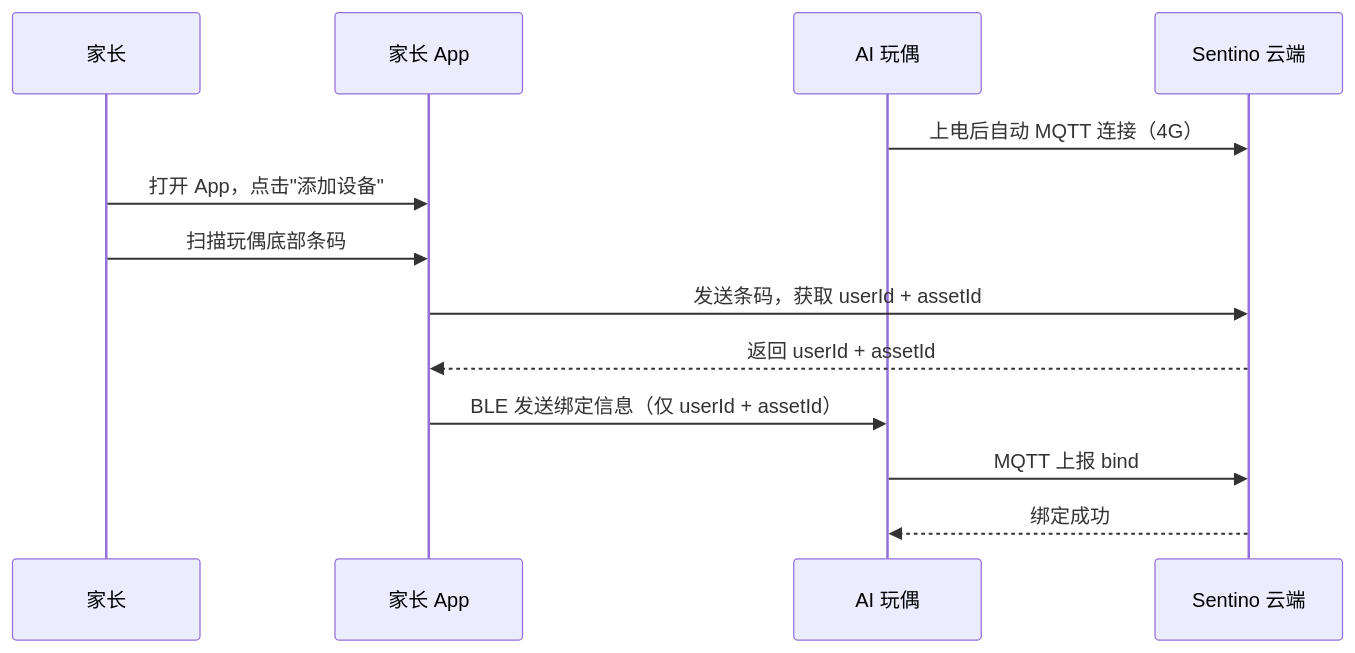
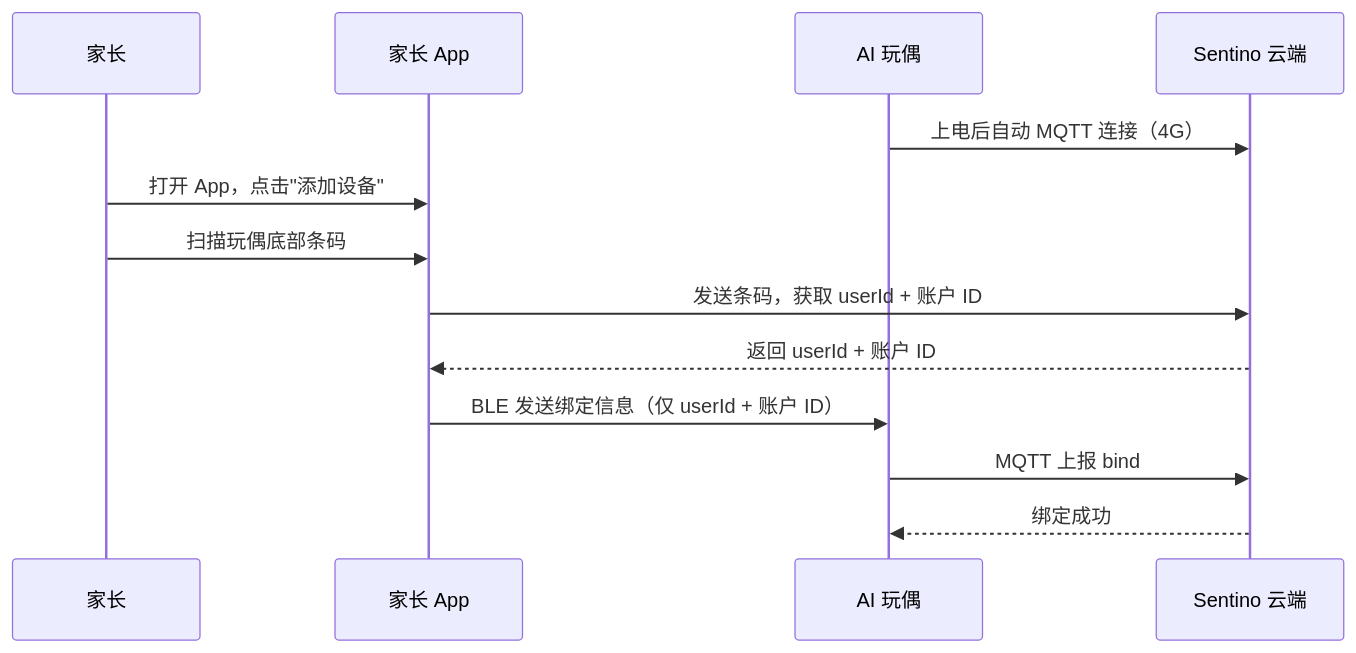
The fourth of 7 diagrams in solution-ai-toy.md (sentino-jp/iot-docs), drawn with Mermaid before and after one commit. The commit also changed other lines of this file and 9 other files, not shown here.

````diff
--- a/solution-ai-toy.md
+++ b/solution-ai-toy.md
@@ -115,16 +115,16 @@
 ```mermaid
 sequenceDiagram
     participant User as 家长
     participant App as 家长 App
     participant Toy as AI 玩偶
     participant Cloud as Sentino 云端
 
     Toy->>Cloud: 上电后自动 MQTT 连接（4G）
     User->>App: 打开 App，点击"添加设备"
     User->>App: 扫描玩偶底部条码
-    App->>Cloud: 发送条码，获取 userId + assetId
-    Cloud-->>App: 返回 userId + assetId
-    App->>Toy: BLE 发送绑定信息（仅 userId + assetId）
+    App->>Cloud: 发送条码，获取 userId + 账户 ID
+    Cloud-->>App: 返回 userId + 账户 ID
+    App->>Toy: BLE 发送绑定信息（仅 userId + 账户 ID）
     Toy->>Cloud: MQTT 上报 bind
     Cloud-->>Toy: 绑定成功
 ```
````
